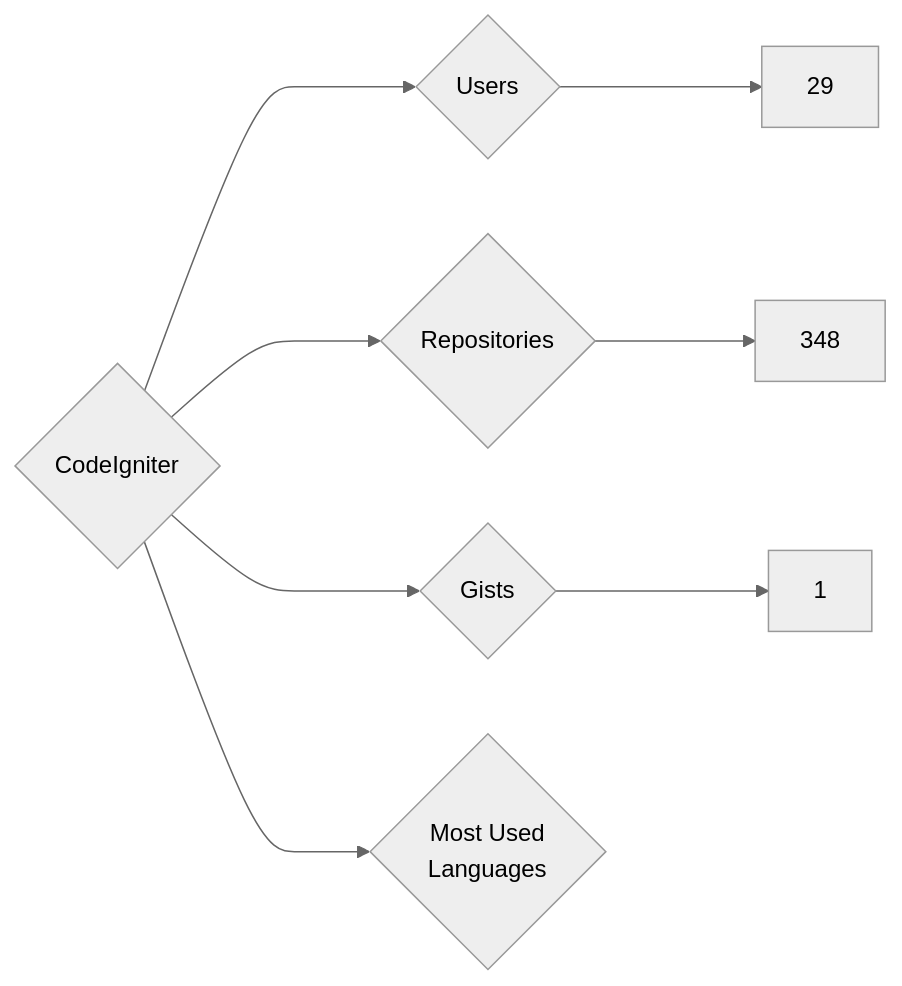
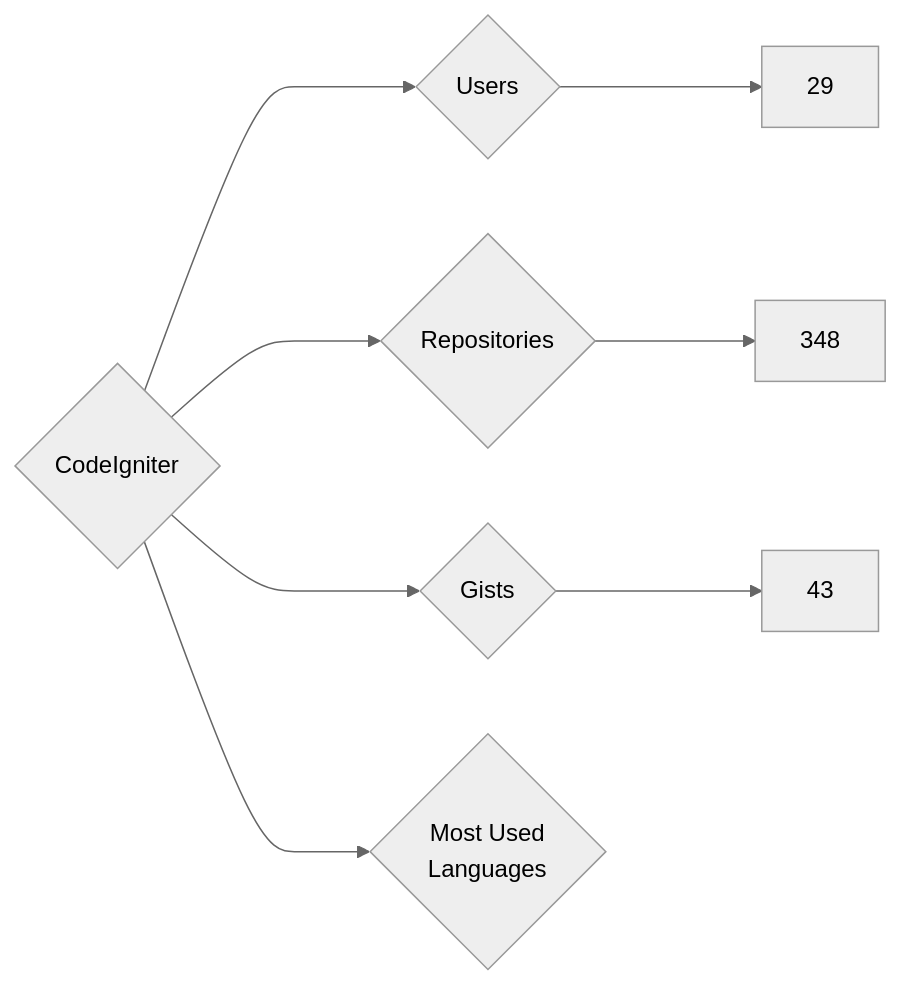
The diagram in targets/CodeIgniter/README.md (nenadzaric/insiders), drawn with Mermaid (neutral theme) before and after one commit. The commit also changed 1342 other files, not shown here.

````diff
--- a/targets/CodeIgniter/README.md
+++ b/targets/CodeIgniter/README.md
@@ -3,8 +3,8 @@
 ```mermaid
 graph LR
 COMPANY_NAME{CodeIgniter}
 COMPANY_NAME ---> U{Users} ---> UN[29]
 COMPANY_NAME ---> R{Repositories} ---> RN[348]
-COMPANY_NAME ---> G{Gists} ---> GN[1]
+COMPANY_NAME ---> G{Gists} ---> GN[43]
 COMPANY_NAME ---> ML{Most Used<br>Languages}
 ```
````
